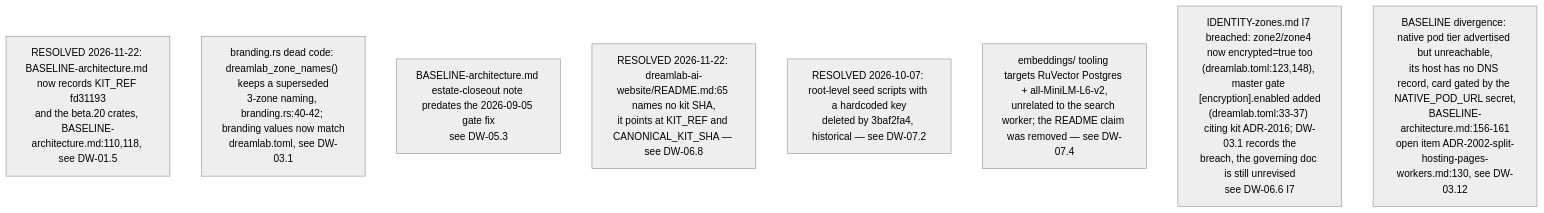
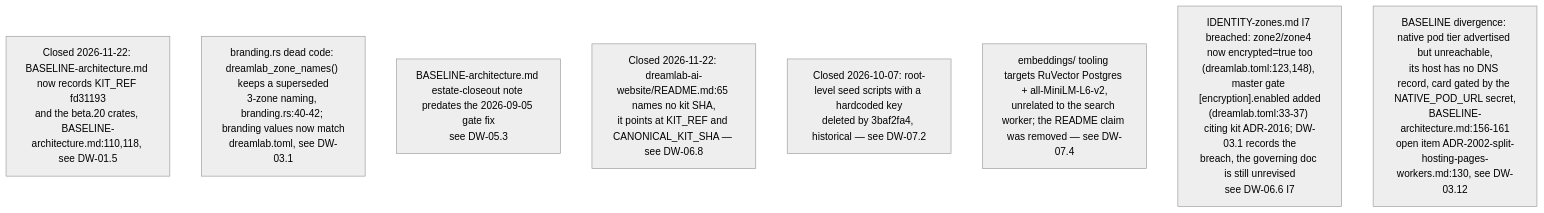
One commit to DreamLab-AI/VisionFlow changed the sixth of 9 diagrams in docs/diagrams/dreamlab-ai-website/06-content-pipeline-and-invariants-register.md. Above: the diagram before and after it, drawn with Mermaid (neutral theme). The commit also changed other lines of this file and 18 other files, not shown here.

First line of the commit message:
docs(diagrams): freeze panels for fixed defects and add successors at the fix revisions

````diff
--- a/docs/diagrams/dreamlab-ai-website/06-content-pipeline-and-invariants-register.md
+++ b/docs/diagrams/dreamlab-ai-website/06-content-pipeline-and-invariants-register.md
@@ -126,11 +130,11 @@
 ```mermaid
 flowchart TB
-    D9["RESOLVED 2026-11-22: BASELINE-architecture.md now records KIT_REF fd31193<br/>and the beta.20 crates, BASELINE-architecture.md:110,118, see DW-01.5"]
+    D9["Closed 2026-11-22: BASELINE-architecture.md now records KIT_REF fd31193<br/>and the beta.20 crates, BASELINE-architecture.md:110,118, see DW-01.5"]
     D10["branding.rs dead code: dreamlab_zone_names() keeps a superseded<br/>3-zone naming, branding.rs:40-42; branding values now match<br/>dreamlab.toml, see DW-03.1"]
     D11["BASELINE-architecture.md estate-closeout note predates the 2026-09-05 gate fix<br/>see DW-05.3"]
-    D12["RESOLVED 2026-11-22: dreamlab-ai-website/README.md:65 names no kit SHA,<br/>it points at KIT_REF and CANONICAL_KIT_SHA — see DW-06.8"]
-    D13["RESOLVED 2026-10-07: root-level seed scripts with a hardcoded key<br/>deleted by 3baf2fa4, historical — see DW-07.2"]
+    D12["Closed 2026-11-22: dreamlab-ai-website/README.md:65 names no kit SHA,<br/>it points at KIT_REF and CANONICAL_KIT_SHA — see DW-06.8"]
+    D13["Closed 2026-10-07: root-level seed scripts with a hardcoded key<br/>deleted by 3baf2fa4, historical — see DW-07.2"]
     D14["embeddings/ tooling targets RuVector Postgres + all-MiniLM-L6-v2,<br/>unrelated to the search worker; the README claim was removed — see DW-07.4"]
     D15["IDENTITY-zones.md I7 breached: zone2/zone4 now encrypted=true too<br/>(dreamlab.toml:123,148), master gate [encryption].enabled added<br/>(dreamlab.toml:33-37) citing kit ADR-2016; DW-03.1 records the<br/>breach, the governing doc is still unrevised<br/>see DW-06.6 I7"]
     D16["BASELINE divergence: native pod tier advertised but unreachable,<br/>its host has no DNS record, card gated by the NATIVE_POD_URL secret,<br/>BASELINE-architecture.md:156-161<br/>open item ADR-2002-split-hosting-pages-workers.md:130, see DW-03.12"]
 ```
````
